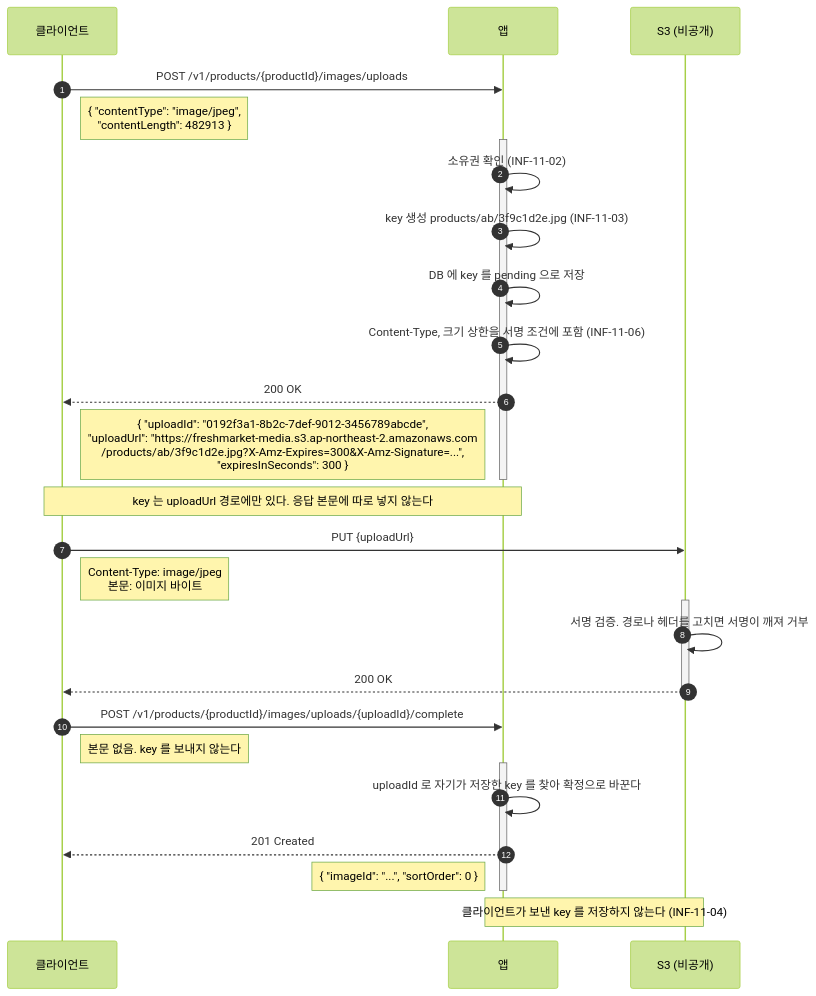
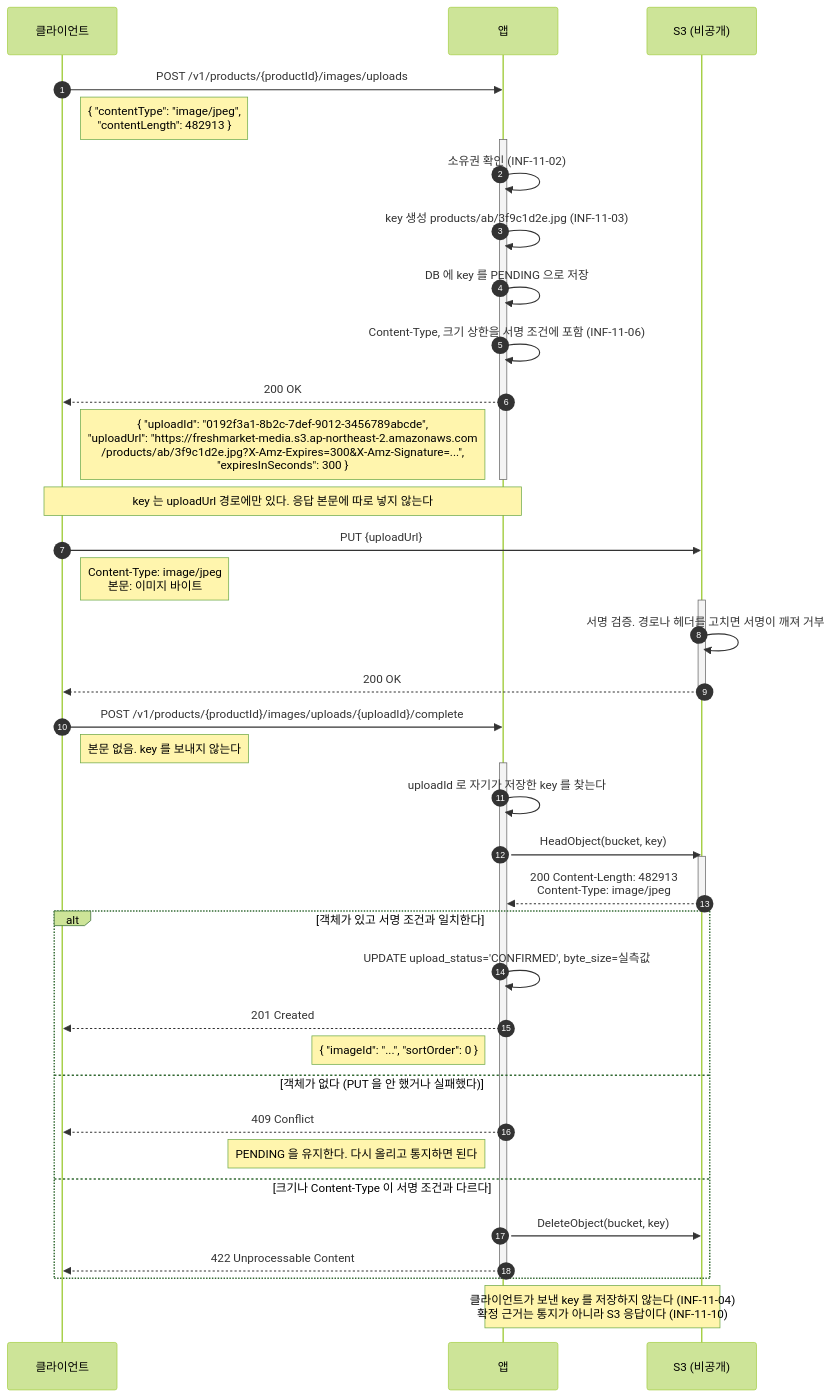
The fourth of 6 diagrams in docs/system-design/백엔드공통_이미지저장소_설계.md (LGU-2/infra), drawn with Mermaid (forest theme) before and after one commit. The commit also changed other lines of this file and 2 other files, not shown here.

Commit message:
[Docs] 업로드 확정을 HeadObject 검증으로 바꾸고 점검 항목 추가

````diff
--- a/docs/system-design/백엔드공통_이미지저장소_설계.md
+++ b/docs/system-design/백엔드공통_이미지저장소_설계.md
@@ -294,38 +294,53 @@
 ```mermaid
 sequenceDiagram
     autonumber
     participant C as 클라이언트
     participant A as 앱
     participant S as S3 (비공개)
 
     C->>A: POST /v1/products/{productId}/images/uploads
     Note right of C: { "contentType": "image/jpeg",<br/>"contentLength": 482913 }
 
     activate A
     A->>A: 소유권 확인 (INF-11-02)
     A->>A: key 생성 products/ab/3f9c1d2e.jpg (INF-11-03)
-    A->>A: DB 에 key 를 pending 으로 저장
+    A->>A: DB 에 key 를 PENDING 으로 저장
     A->>A: Content-Type, 크기 상한을 서명 조건에 포함 (INF-11-06)
     A-->>C: 200 OK
     Note left of A: { "uploadId": "0192f3a1-8b2c-7def-9012-3456789abcde",<br/>"uploadUrl": "https://freshmarket-media.s3.ap-northeast-2.amazonaws.com<br/>/products/ab/3f9c1d2e.jpg?X-Amz-Expires=300&X-Amz-Signature=...",<br/>"expiresInSeconds": 300 }
     deactivate A
 
     Note over C,A: key 는 uploadUrl 경로에만 있다. 응답 본문에 따로 넣지 않는다
 
     C->>S: PUT {uploadUrl}
     Note right of C: Content-Type: image/jpeg<br/>본문: 이미지 바이트
     activate S
     S->>S: 서명 검증. 경로나 헤더를 고치면 서명이 깨져 거부
     S-->>C: 200 OK
     deactivate S
 
     C->>A: POST /v1/products/{productId}/images/uploads/{uploadId}/complete
     Note right of C: 본문 없음. key 를 보내지 않는다
     activate A
-    A->>A: uploadId 로 자기가 저장한 key 를 찾아 확정으로 바꾼다
-    A-->>C: 201 Created
-    Note left of A: { "imageId": "...", "sortOrder": 0 }
+    A->>A: uploadId 로 자기가 저장한 key 를 찾는다
+
+    A->>S: HeadObject(bucket, key)
+    activate S
+    S-->>A: 200 Content-Length: 482913<br/>Content-Type: image/jpeg
+    deactivate S
+
+    alt 객체가 있고 서명 조건과 일치한다
+        A->>A: UPDATE upload_status='CONFIRMED', byte_size=실측값
+        A-->>C: 201 Created
+        Note left of A: { "imageId": "...", "sortOrder": 0 }
+    else 객체가 없다 (PUT 을 안 했거나 실패했다)
+        A-->>C: 409 Conflict
+        Note left of A: PENDING 을 유지한다. 다시 올리고 통지하면 된다
+    else 크기나 Content-Type 이 서명 조건과 다르다
+        A->>S: DeleteObject(bucket, key)
+        A-->>C: 422 Unprocessable Content
+    end
     deactivate A
 
-    Note over A,S: 클라이언트가 보낸 key 를 저장하지 않는다 (INF-11-04)
+    Note over A,S: 클라이언트가 보낸 key 를 저장하지 않는다 (INF-11-04)<br/>확정 근거는 통지가 아니라 S3 응답이다 (INF-11-10)
 ```
````
